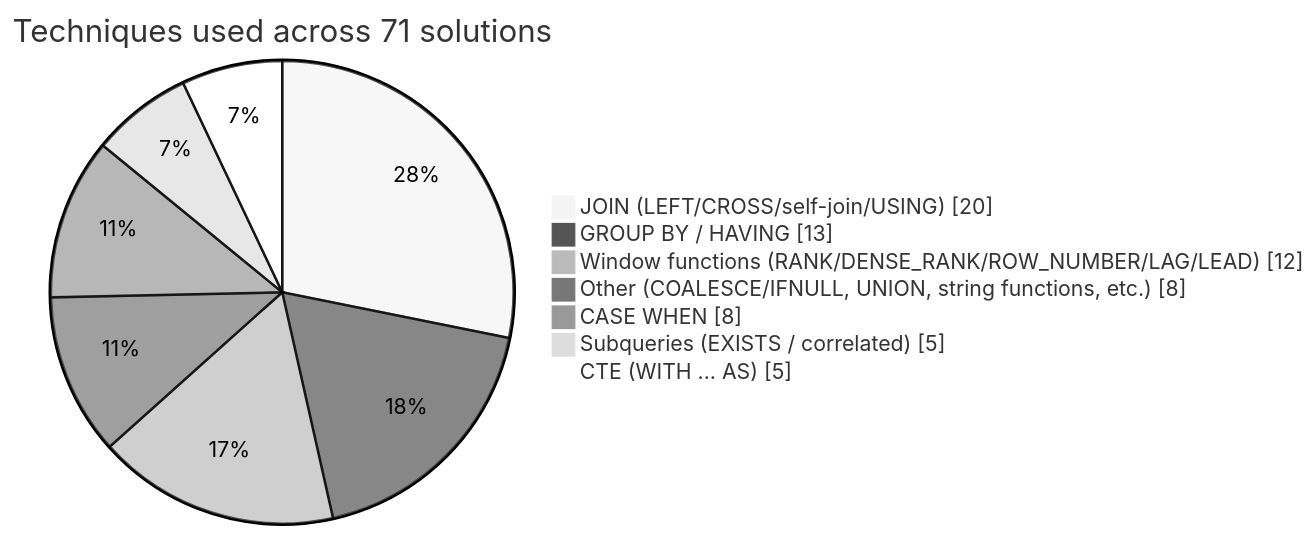
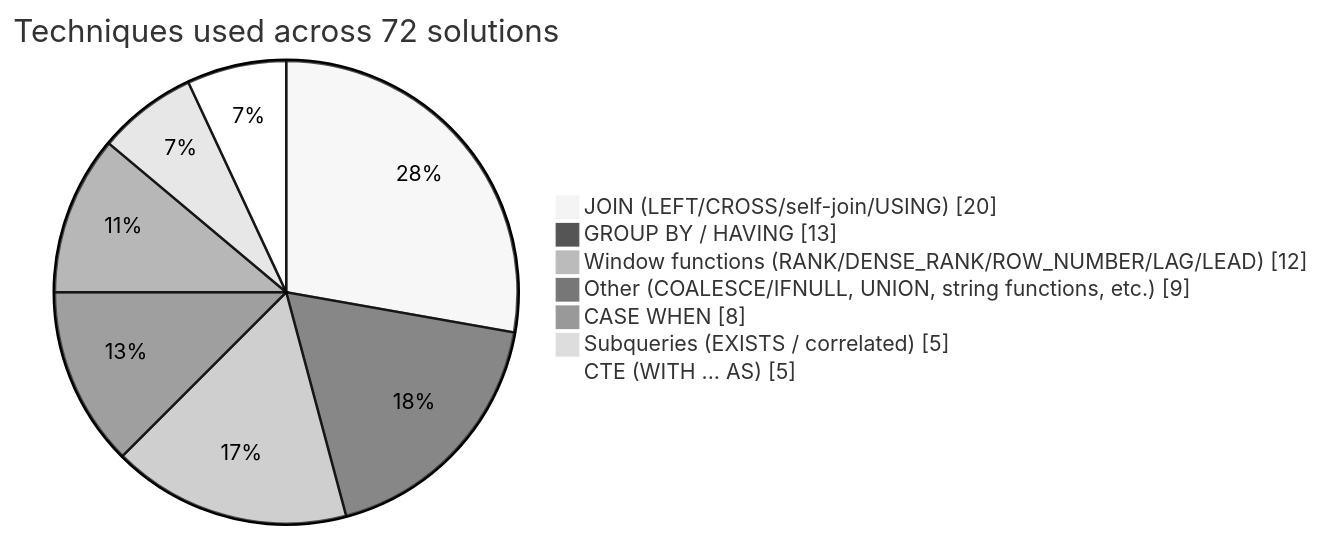
Before and after one commit to ruhlanrzayev/LeetCode_SQL_Problems: the diagram in README.md, drawn with Mermaid (neutral theme). The commit also changed other lines of this file, not shown here.

Commit message:
chore: auto-update technique breakdown chart

````diff
--- a/README.md
+++ b/README.md
@@ -11,11 +11,11 @@
 ```mermaid
 pie showData
-    title Techniques used across 71 solutions
+    title Techniques used across 72 solutions
     "JOIN (LEFT/CROSS/self-join/USING)" : 20
     "GROUP BY / HAVING" : 13
     "Window functions (RANK/DENSE_RANK/ROW_NUMBER/LAG/LEAD)" : 12
-    "Other (COALESCE/IFNULL, UNION, string functions, etc.)" : 8
+    "Other (COALESCE/IFNULL, UNION, string functions, etc.)" : 9
     "CASE WHEN" : 8
     "Subqueries (EXISTS / correlated)" : 5
     "CTE (WITH ... AS)" : 5
 ```
````
